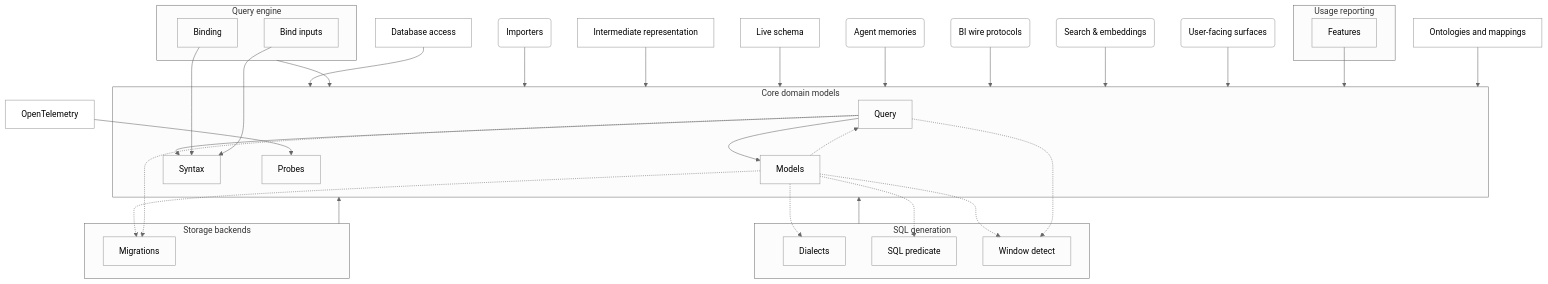
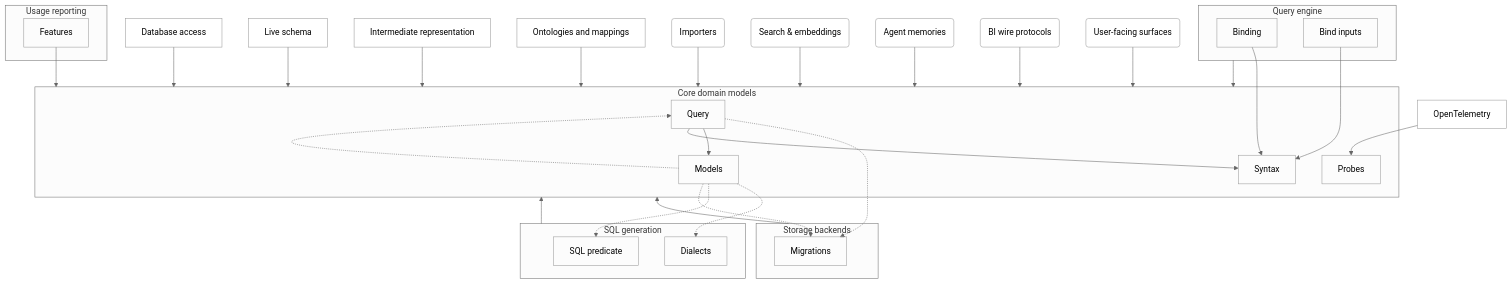
One commit to MotleyAI/slayer changed the diagram in architecture/python.core.arc42.md. Above: the diagram before and after it, drawn with Mermaid (neutral theme). The commit also changed 17 other files, not shown here.

````diff
--- a/architecture/python.core.arc42.md
+++ b/architecture/python.core.arc42.md
@@ -13,62 +13,59 @@
 ```mermaid
 flowchart TD
   %% core_focus: Core in context
   subgraph core["Core domain models"]
     core__query["Query"]
     core__models["Models"]
     core__syntax["Syntax"]
     core__probes["Probes"]
   end
   subgraph sql["SQL generation"]
     sql__dialects["Dialects"]
     sql__sql_predicate["SQL predicate"]
-    sql__window_detect["Window detect"]
   end
   subgraph engine["Query engine"]
     engine__binding["Binding"]
     engine__bind_inputs["Bind inputs"]
   end
   database["Database access"]
   live_schema["Live schema"]
   ir["Intermediate representation"]
   subgraph storage["Storage backends"]
     storage__migrations["Migrations"]
   end
   ontology["Ontologies and mappings"]
   importers("Importers")
   search("Search & embeddings")
   memories("Agent memories")
   protocols("BI wire protocols")
   subgraph usage_reporting["Usage reporting"]
     usage_reporting__features["Features"]
   end
   otel["OpenTelemetry"]
   surfaces("User-facing surfaces")
   core__models -.-> sql__dialects
   core__models -.-> sql__sql_predicate
-  core__models -.-> sql__window_detect
-  core__query -.-> sql__window_detect
   core__models -.-> storage__migrations
   core__query -.-> storage__migrations
   core__models -.-> core__query
   core__query --> core__models
   core__query --> core__syntax
   engine__binding --> core__syntax
   engine__bind_inputs --> core__syntax
   database --> core
   engine --> core
   importers --> core
   ir --> core
   live_schema --> core
   memories --> core
   protocols --> core
   search --> core
   sql --> core
   storage --> core
   surfaces --> core
   usage_reporting__features --> core
   otel --> core__probes
   ontology --> core
   classDef leaf fill:none;
-  class core__query,core__models,core__syntax,core__probes,sql__dialects,sql__sql_predicate,sql__window_detect,engine__binding,engine__bind_inputs,database,live_schema,ir,storage__migrations,ontology,importers,search,memories,protocols,usage_reporting__features,otel,surfaces leaf;
+  class core__query,core__models,core__syntax,core__probes,sql__dialects,sql__sql_predicate,engine__binding,engine__bind_inputs,database,live_schema,ir,storage__migrations,ontology,importers,search,memories,protocols,usage_reporting__features,otel,surfaces leaf;
 ```
````
